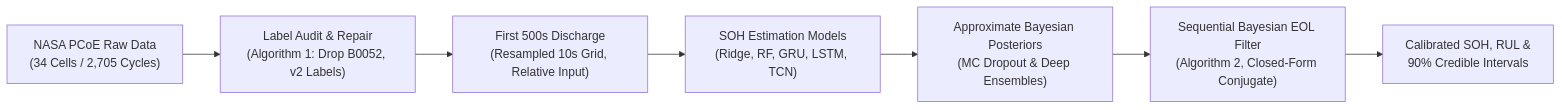
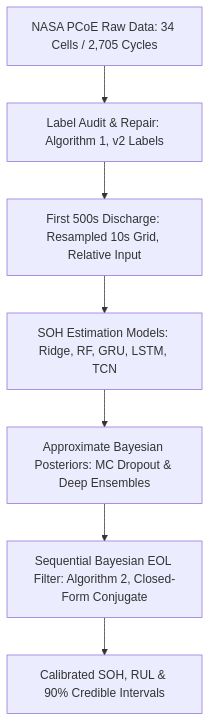
Before and after one commit to givemehat/College_Project_Ravi: the diagram in README.md, drawn with Mermaid. The commit also changed other lines of this file, not shown here.

Commit message:
Fix GitHub markdown rendering: add proper display math spacing, clean table unicode symbols, and compatible mermaid diagram

````diff
--- a/README.md
+++ b/README.md
@@ -70,9 +70,9 @@
 ```mermaid
-flowchart LR
-    A["NASA PCoE Raw Data<br>(34 Cells / 2,705 Cycles)"] --> B["Label Audit & Repair<br>(Algorithm 1: Drop B0052, v2 Labels)"]
-    B --> C["First 500s Discharge<br>(Resampled 10s Grid, Relative Input)"]
-    C --> D["SOH Estimation Models<br>(Ridge, RF, GRU, LSTM, TCN)"]
-    D --> E["Approximate Bayesian Posteriors<br>(MC Dropout & Deep Ensembles)"]
-    E --> F["Sequential Bayesian EOL Filter<br>(Algorithm 2, Closed-Form Conjugate)"]
-    F --> G["Calibrated SOH, RUL &<br>90% Credible Intervals"]
+graph TD
+    A[NASA PCoE Raw Data: 34 Cells / 2,705 Cycles] --> B[Label Audit & Repair: Algorithm 1, v2 Labels]
+    B --> C[First 500s Discharge: Resampled 10s Grid, Relative Input]
+    C --> D[SOH Estimation Models: Ridge, RF, GRU, LSTM, TCN]
+    D --> E[Approximate Bayesian Posteriors: MC Dropout & Deep Ensembles]
+    E --> F[Sequential Bayesian EOL Filter: Algorithm 2, Closed-Form Conjugate]
+    F --> G[Calibrated SOH, RUL & 90% Credible Intervals]
 ```
````
